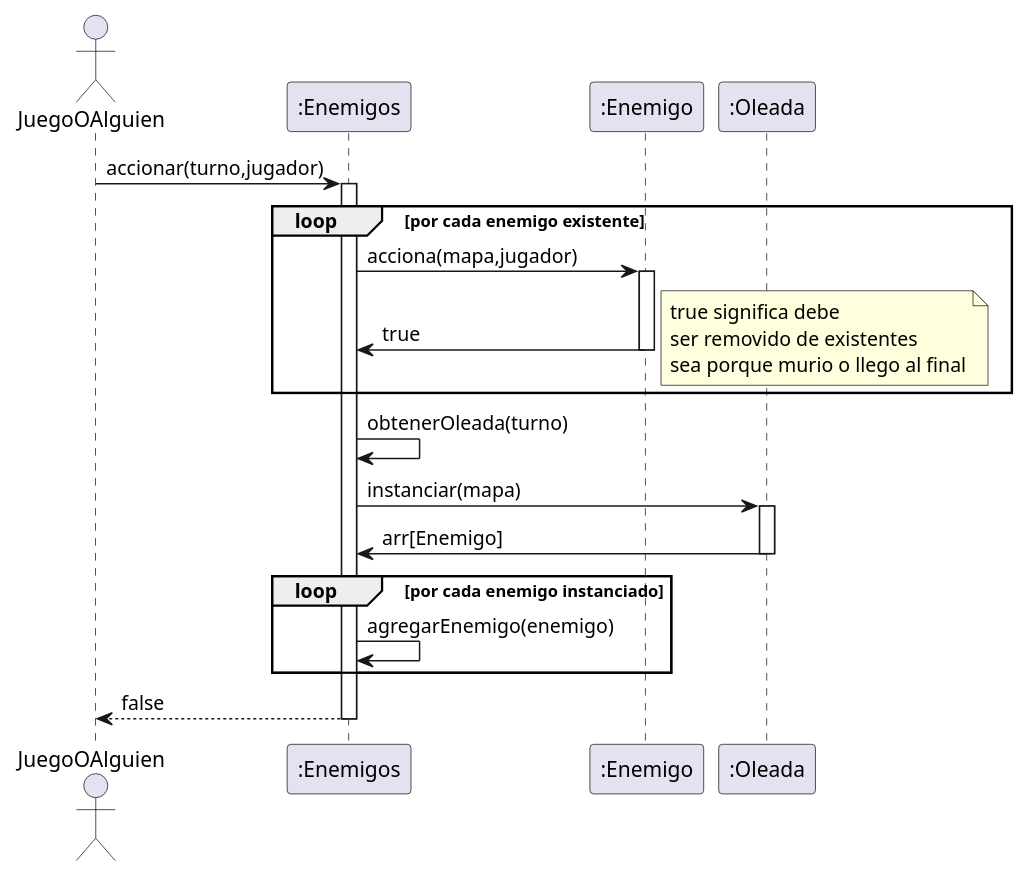
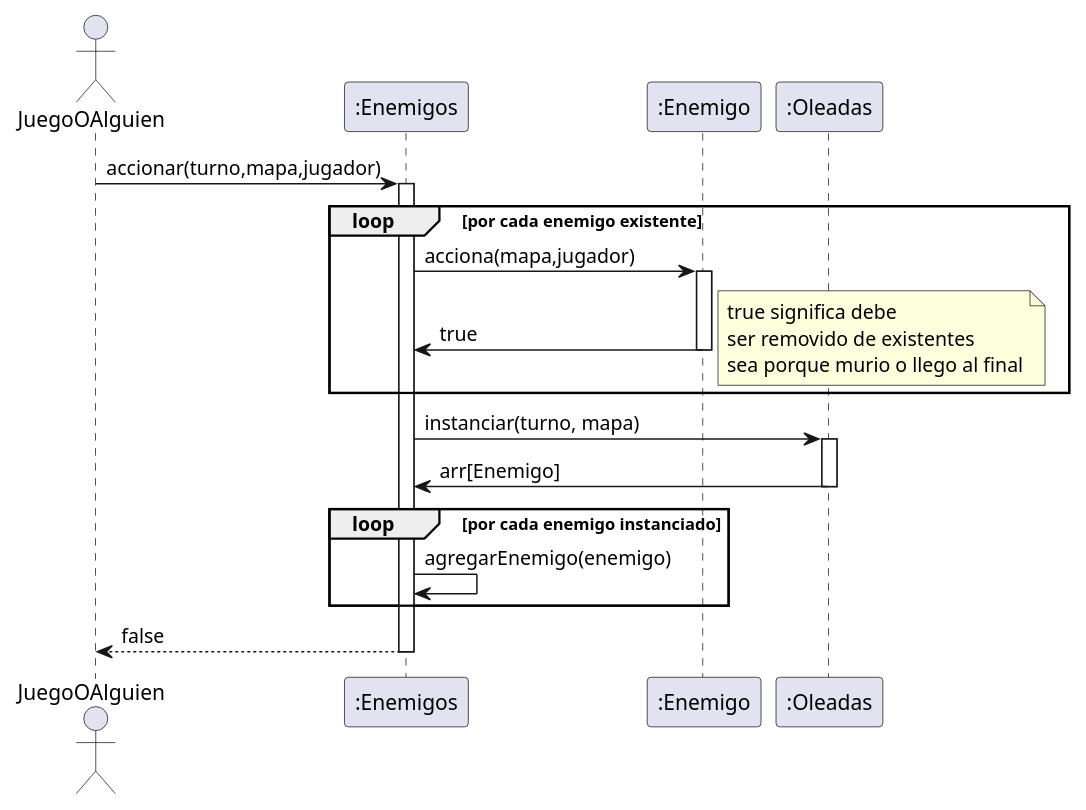
One commit to MarceloAgustinOrigoniGuillaume/Algo3_TP2_1C2023 changed the diagram in diagrams/sequences/propuestasMarcelo/enemigos/ideaTurnoEnemigos.puml. Above: the diagram before and after it, drawn with PlantUML. The commit also changed 5 other files, not shown here.

```diff
--- a/diagrams/sequences/propuestasMarcelo/enemigos/ideaTurnoEnemigos.puml
+++ b/diagrams/sequences/propuestasMarcelo/enemigos/ideaTurnoEnemigos.puml
@@ -1,41 +1,39 @@
 @startuml
 
 Actor JuegoOAlguien as sis
 participant ":Enemigos" as enemies
 participant ":Enemigo" as enemy
-participant ":Oleada" as oleada
+participant ":Oleadas" as oleada
 
-sis-> enemies : accionar(turno,jugador)
+sis-> enemies : accionar(turno,mapa,jugador)
 activate enemies
 
 loop por cada enemigo existente
 enemies->enemy: acciona(mapa,jugador)
 activate enemy
 enemy->enemies: true
 note right
 true significa debe 
 ser removido de existentes
 sea porque murio o llego al final
 end note
 
 
 
 deactivate enemy
 end
-enemies-> enemies: obtenerOleada(turno)
-
-enemies -> oleada: instanciar(mapa)
+enemies -> oleada: instanciar(turno, mapa)
 activate oleada
 oleada-> enemies: arr[Enemigo]
 deactivate oleada
 
 loop por cada enemigo instanciado
 enemies->enemies: agregarEnemigo(enemigo)
 end
 
 enemies-->sis: false
 deactivate enemies
 
 
 
 @enduml
```
